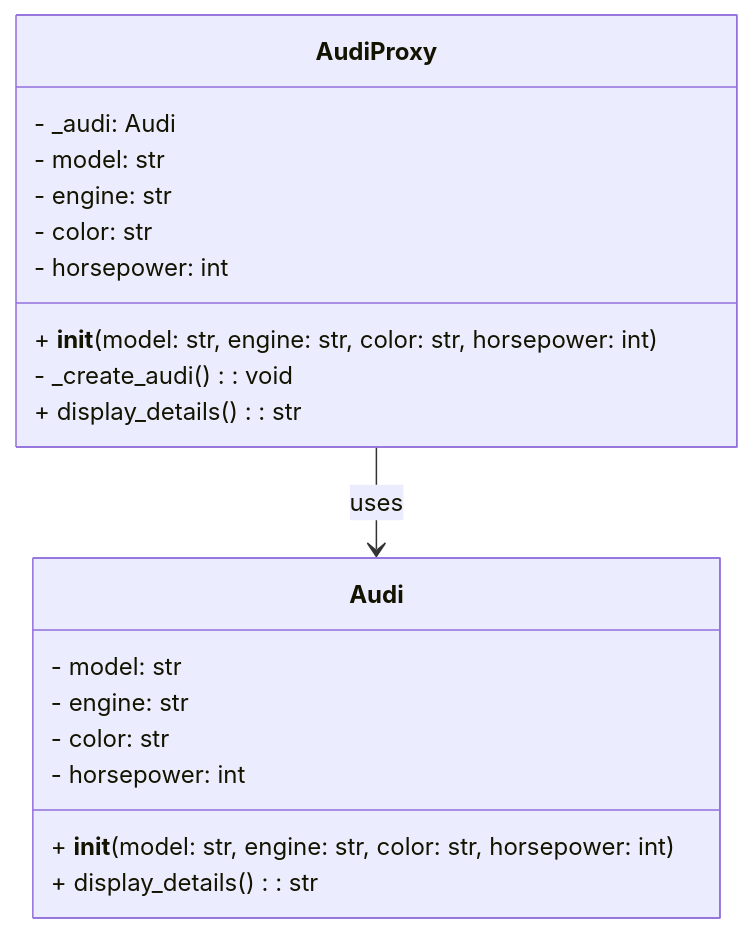
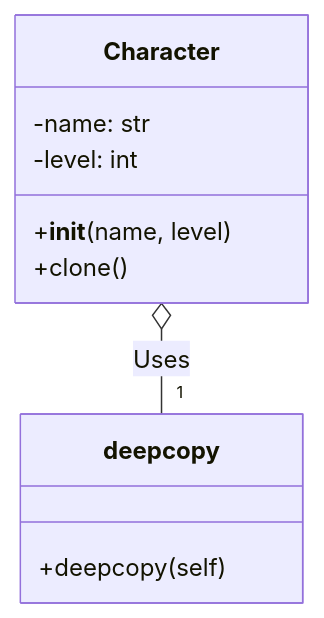
Before and after one commit to KhrystynaLutsiv/IT-21_OOP: the diagram in Roman_Tupis/lab12/README.md, drawn with Mermaid.

````diff
--- a/Roman_Tupis/lab12/README.md
+++ b/Roman_Tupis/lab12/README.md
@@ -57,24 +57,14 @@
 ```mermaid
 classDiagram
-    class Audi {
-        - model: str
-        - engine: str
-        - color: str
-        - horsepower: int
-        + __init__(model: str, engine: str, color: str, horsepower: int)
-        + display_details(): str
+    class Character {
+        -name: str
+        -level: int
+        +__init__(name, level)
+        +clone()
     }
+    class deepcopy {
+        +deepcopy(self)
+    }
+    Character o-- "1" deepcopy : Uses
 
-    class AudiProxy {
-        - _audi: Audi
-        - model: str
-        - engine: str
-        - color: str
-        - horsepower: int
-        + __init__(model: str, engine: str, color: str, horsepower: int)
-        - _create_audi(): void
-        + display_details(): str
-    }
-
-    AudiProxy --> Audi : uses
 ```
````
